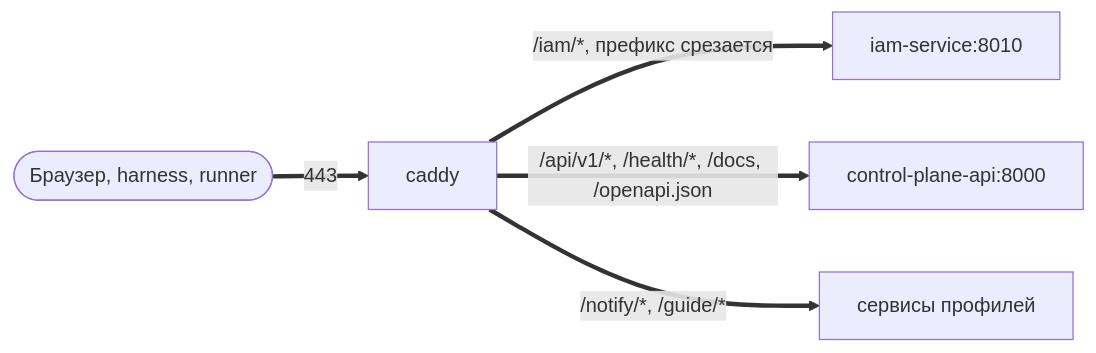
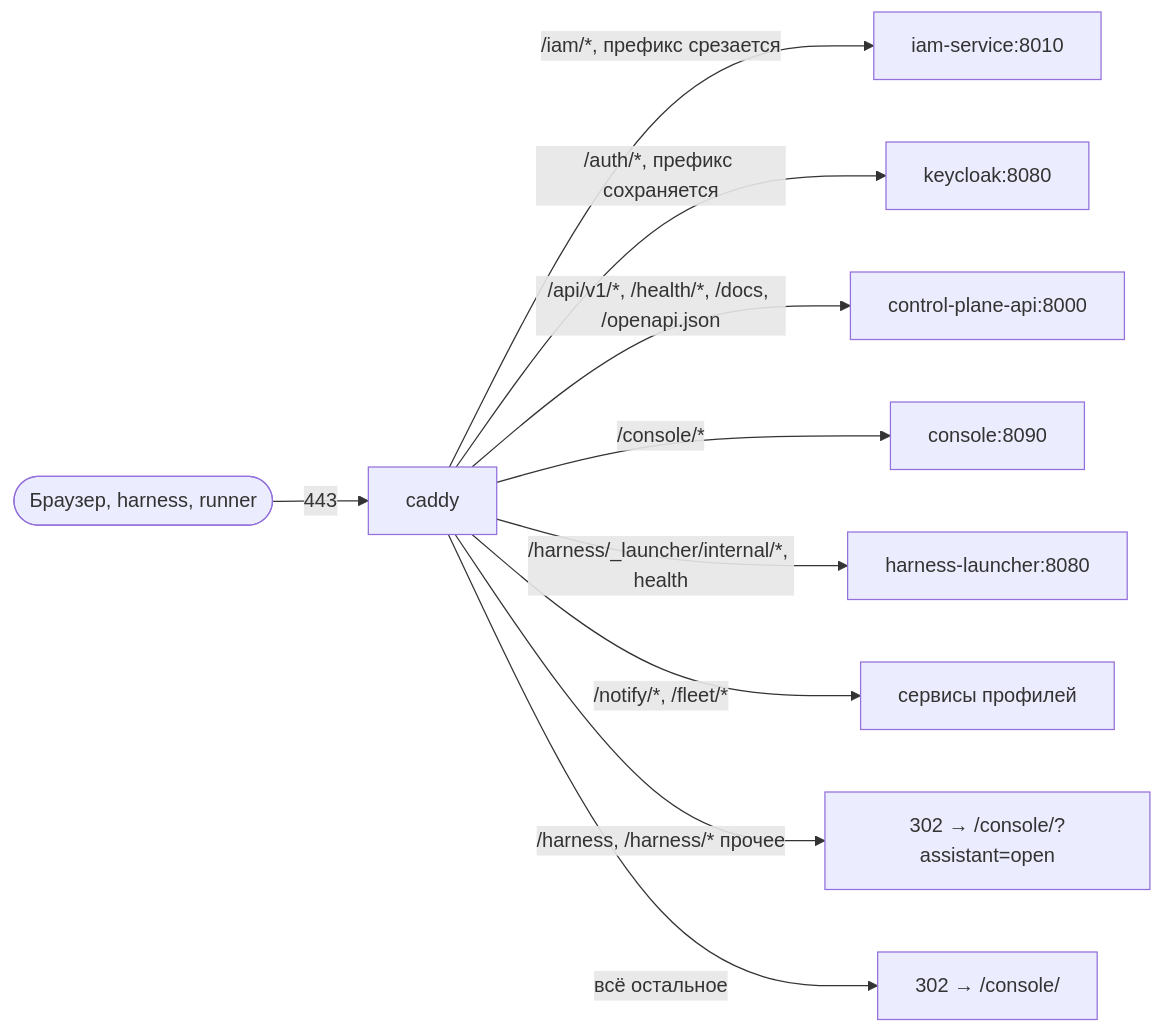
Before and after one commit to taimen-ai/taimen: the diagram in guide/docs/operations/edge-and-tls.ru.md, drawn with Mermaid. The commit also changed other lines of this file and 123 other files, not shown here.

First line of the commit message:
guide: fleet, console, assistant and Keycloak sign-in in the public guide

````diff
--- a/guide/docs/operations/edge-and-tls.ru.md
+++ b/guide/docs/operations/edge-and-tls.ru.md
@@ -11,7 +10,12 @@
 ```mermaid
 flowchart LR
-    client([Браузер, harness, runner]) ==>|443| caddy[caddy]
-    caddy ==>|/iam/*, префикс срезается| iam[iam-service:8010]
-    caddy ==>|/api/v1/*, /health/*, /docs, /openapi.json| cp[control-plane-api:8000]
-    caddy ==>|/notify/*, /guide/*| other[сервисы профилей]
+    client([Браузер, harness, runner]) -->|443| caddy[caddy]
+    caddy -->|/iam/*, префикс срезается| iam[iam-service:8010]
+    caddy -->|/auth/*, префикс сохраняется| kc[keycloak:8080]
+    caddy -->|/api/v1/*, /health/*, /docs, /openapi.json| cp[control-plane-api:8000]
+    caddy -->|/console/*| console[console:8090]
+    caddy -->|/harness/_launcher/internal/*, health| hl[harness-launcher:8080]
+    caddy -->|/notify/*, /fleet/*| other[сервисы профилей]
+    caddy -->|/harness, /harness/* прочее| asst[302 → /console/?assistant=open]
+    caddy -->|всё остальное| root[302 → /console/]
 ```
````
